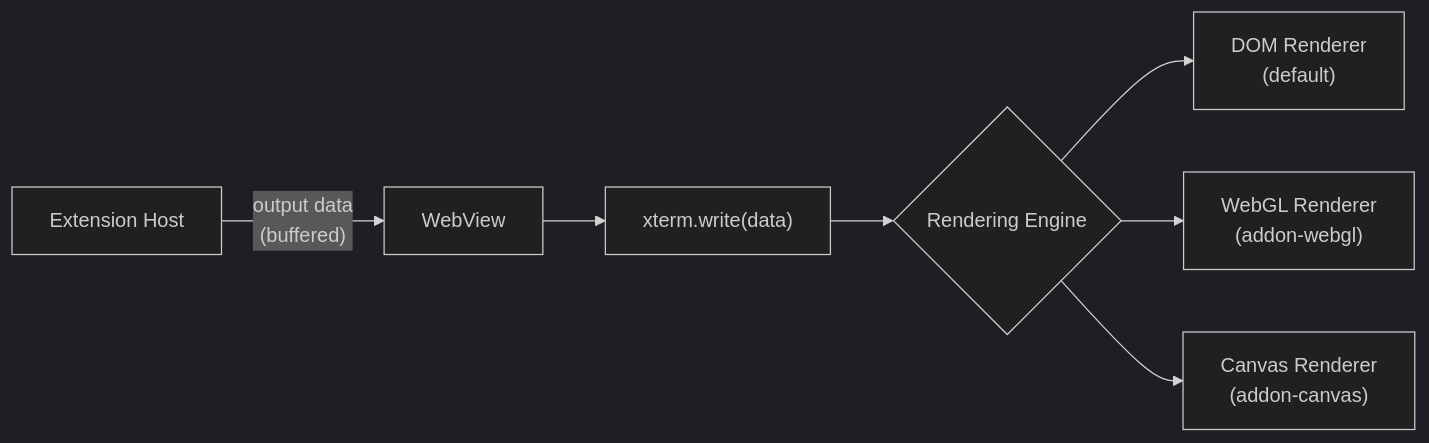
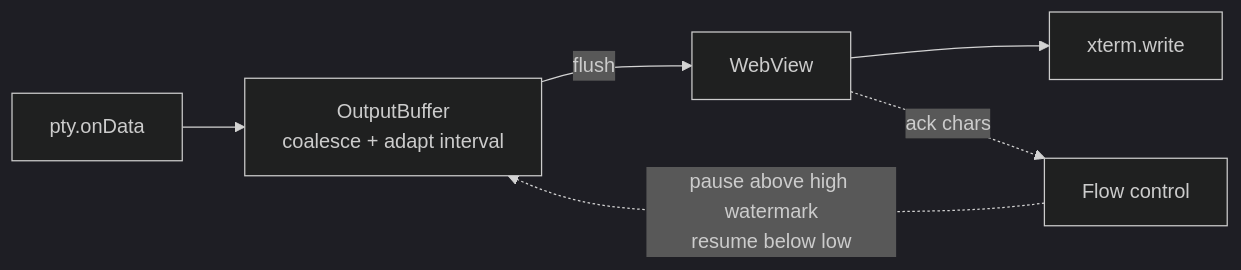
One commit to Asimov-Syntax/anywhere-terminal changed the second of 3 diagrams in docs/DESIGN.md. Above: the diagram before and after it, drawn with Mermaid (dark theme). The commit also changed other lines of this file and 21 other files, not shown here.

````diff
--- a/docs/DESIGN.md
+++ b/docs/DESIGN.md
@@ -220,9 +161,8 @@
 ```mermaid
 flowchart LR
-    A["Extension Host"] -->|"output data<br/>(buffered)"| B["WebView"]
-    B --> C["xterm.write(data)"]
-    C --> D{Rendering Engine}
-    D --> E["DOM Renderer<br/>(default)"]
-    D --> F["WebGL Renderer<br/>(addon-webgl)"]
-    D --> G["Canvas Renderer<br/>(addon-canvas)"]
+    PTY["pty.onData"] --> OB["OutputBuffer<br>coalesce + adapt interval"]
+    OB -->|"flush"| WV["WebView"]
+    WV --> X["xterm.write"]
+    WV -.->|"ack chars"| FC["Flow control"]
+    FC -.->|"pause above high watermark<br>resume below low"| OB
 ```
````
